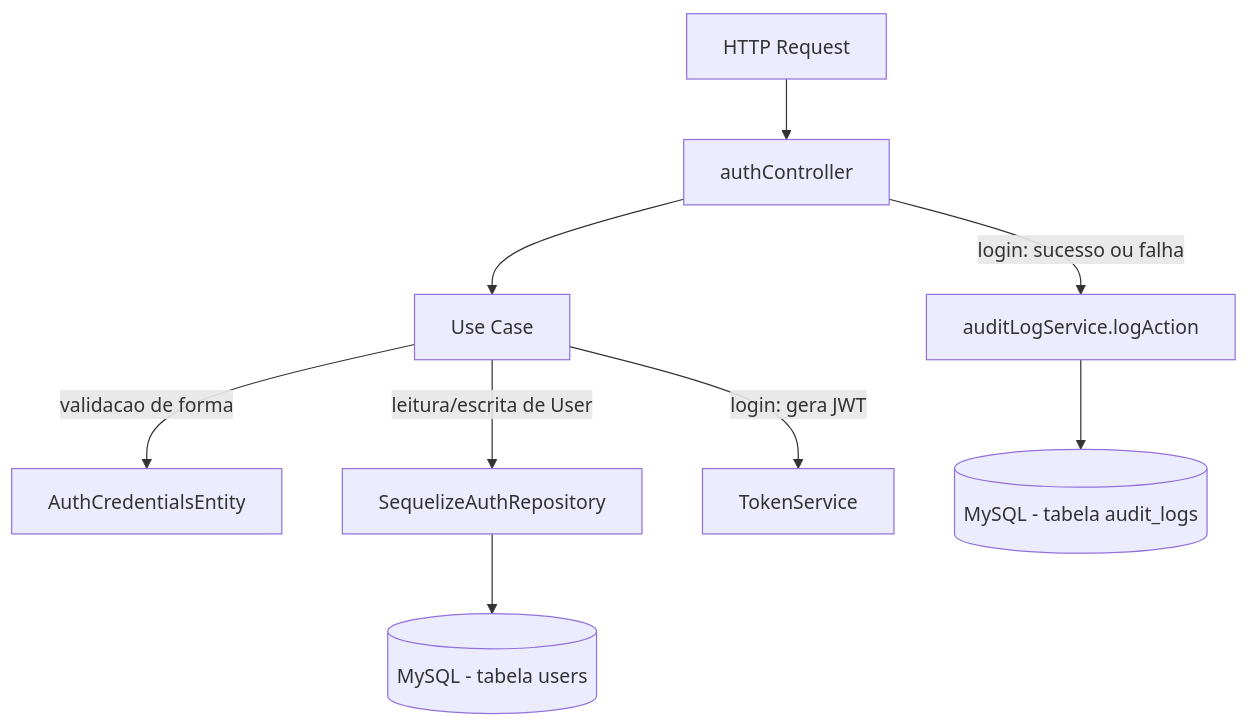
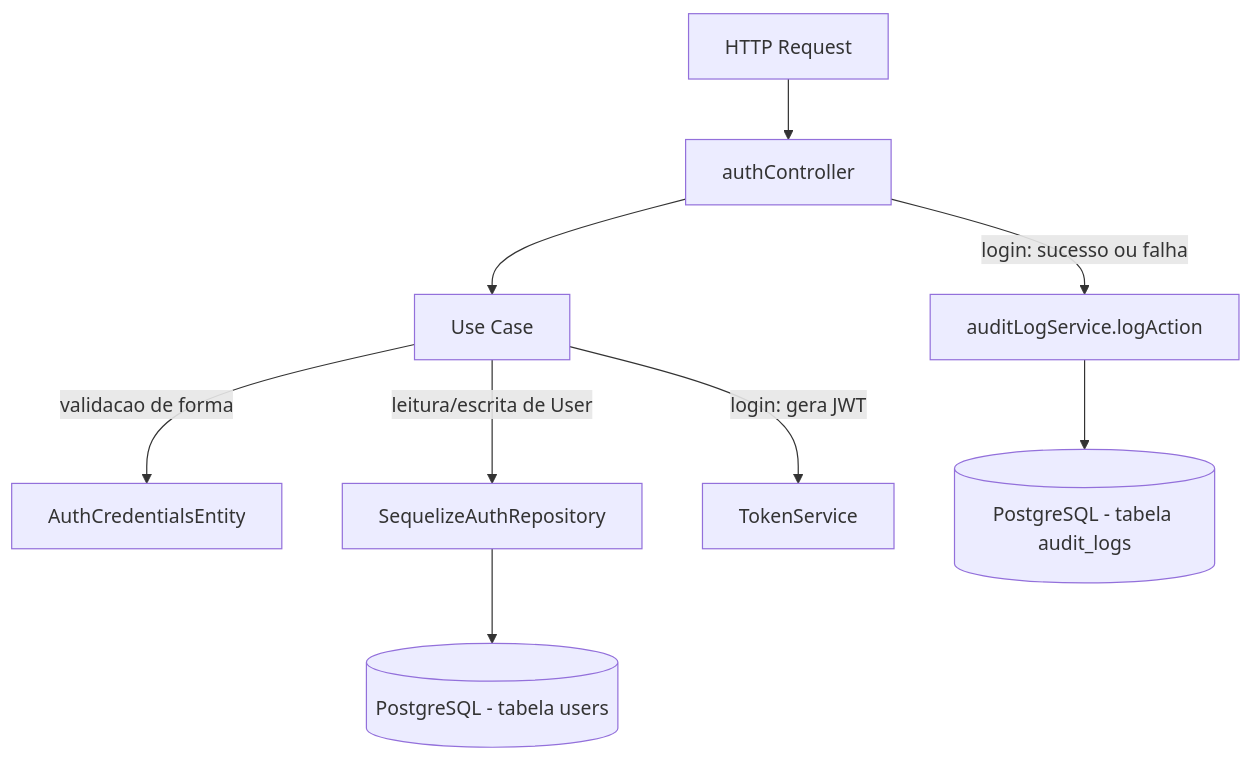
Before and after one commit to RomulosouzaEvok/ERP-EVOK-AUDIO-LTDA: the diagram in server/src/modules/auth/README.md, drawn with Mermaid. The commit also changed other lines of this file and 452 other files, not shown here.

Commit message:
chore: consolidate TypeScript backend and Blackbox roadmap

````diff
--- a/server/src/modules/auth/README.md
+++ b/server/src/modules/auth/README.md
@@ -148,11 +148,11 @@
 ```mermaid
 flowchart TD
   A[HTTP Request] --> B[authController]
   B --> C[Use Case]
   C -->|validacao de forma| D[AuthCredentialsEntity]
   C -->|leitura/escrita de User| E[SequelizeAuthRepository]
   C -->|login: gera JWT| F[TokenService]
-  E --> G[(MySQL - tabela users)]
+  E --> G[(PostgreSQL - tabela users)]
   B -->|login: sucesso ou falha| H[auditLogService.logAction]
-  H --> I[(MySQL - tabela audit_logs)]
+  H --> I[(PostgreSQL - tabela audit_logs)]
 ```
````
